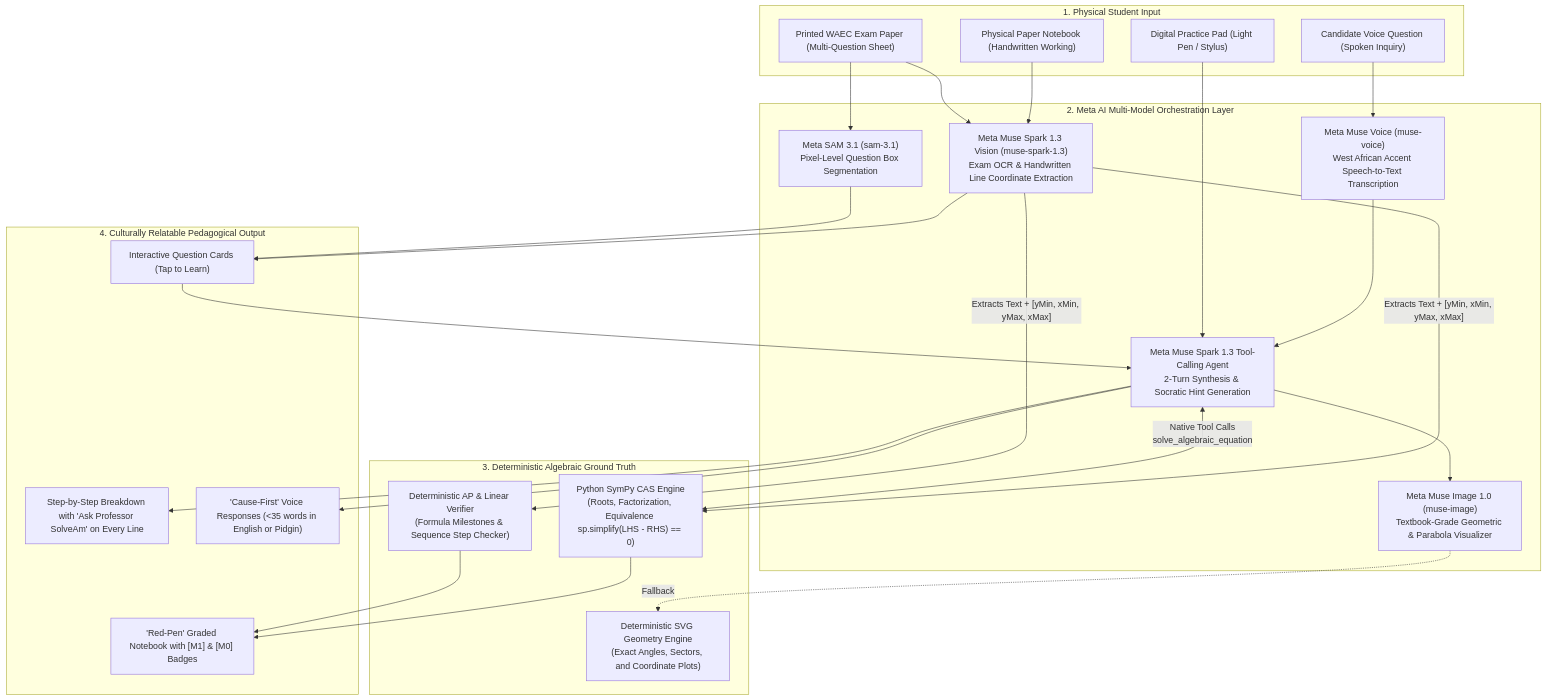
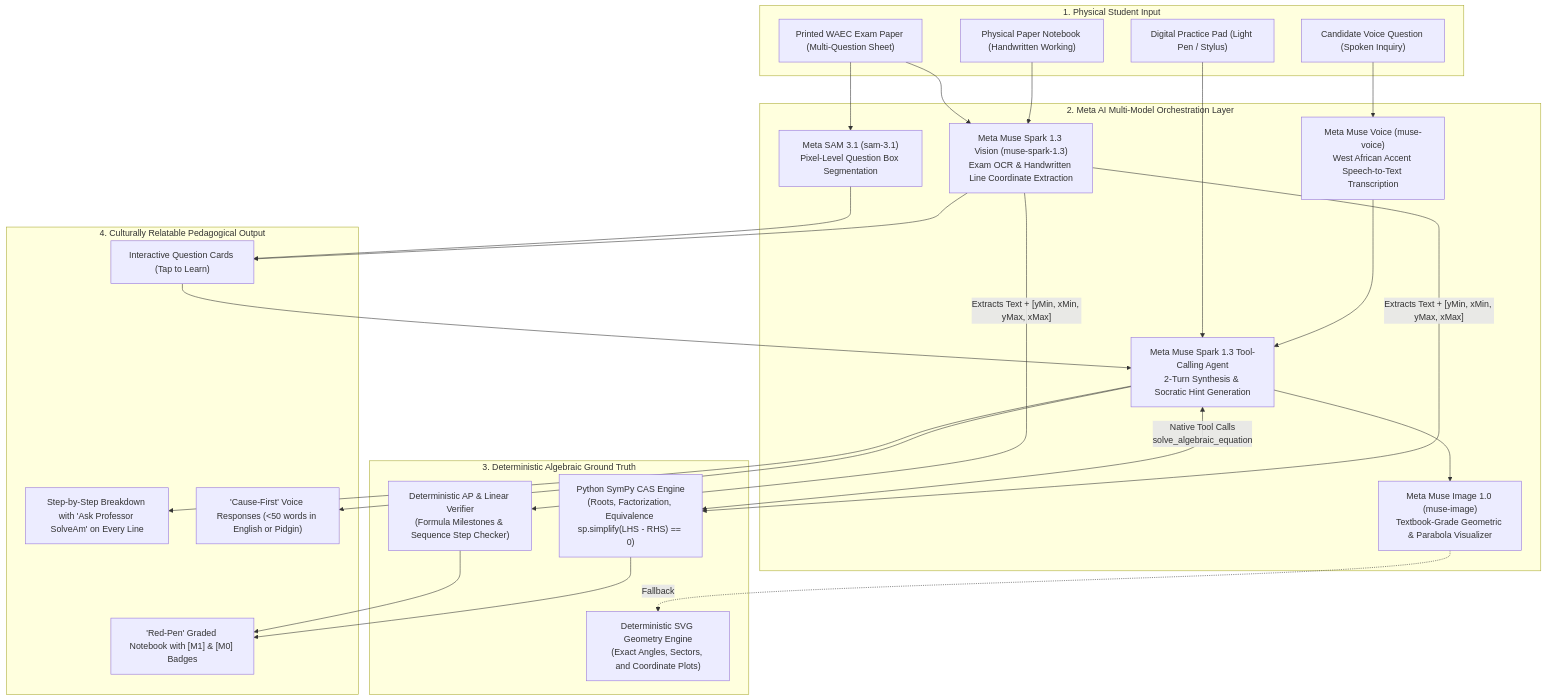
The diagram in README.md (tochi-3000/SolveIt), drawn with Mermaid before and after one commit. The commit also changed other lines of this file and 4 other files, not shown here.

````diff
--- a/README.md
+++ b/README.md
@@ -60,49 +60,49 @@
 ```mermaid
 flowchart TD
     subgraph InputLayer ["1. Physical Student Input"]
         ExamPaper["Printed WAEC Exam Paper (Multi-Question Sheet)"]
         Notebook["Physical Paper Notebook (Handwritten Working)"]
         CanvasPad["Digital Practice Pad (Light Pen / Stylus)"]
         SpokenVoice["Candidate Voice Question (Spoken Inquiry)"]
     end
 
     subgraph MetaAILayer ["2. Meta AI Multi-Model Orchestration Layer"]
         SAM["Meta SAM 3.1 (sam-3.1)\nPixel-Level Question Box Segmentation"]
         SparkVision["Meta Muse Spark 1.3 Vision (muse-spark-1.3)\nExam OCR & Handwritten Line Coordinate Extraction"]
         SparkAgent["Meta Muse Spark 1.3 Tool-Calling Agent\n2-Turn Synthesis & Socratic Hint Generation"]
         VoiceModel["Meta Muse Voice (muse-voice)\nWest African Accent Speech-to-Text Transcription"]
         ImageModel["Meta Muse Image 1.0 (muse-image)\nTextbook-Grade Geometric & Parabola Visualizer"]
     end
 
     subgraph SymbolicLayer ["3. Deterministic Algebraic Ground Truth"]
         SymPyCAS["Python SymPy CAS Engine\n(Roots, Factorization, Equivalence sp.simplify(LHS - RHS) == 0)"]
         APVerifier["Deterministic AP & Linear Verifier\n(Formula Milestones & Sequence Step Checker)"]
         VectorSVG["Deterministic SVG Geometry Engine\n(Exact Angles, Sectors, and Coordinate Plots)"]
     end
 
     subgraph OutputLayer ["4. Culturally Relatable Pedagogical Output"]
         ClickableBoxes["Interactive Question Cards (Tap to Learn)"]
         RedPenCanvas["'Red-Pen' Graded Notebook with [M1] & [M0] Badges"]
         LineByLineTutor["Step-by-Step Breakdown with 'Ask Professor SolveAm' on Every Line"]
-        VoiceTutor["'Cause-First' Voice Responses (<35 words in English or Pidgin)"]
+        VoiceTutor["'Cause-First' Voice Responses (<50 words in English or Pidgin)"]
     end
 
     ExamPaper --> SAM & SparkVision
     SAM & SparkVision --> ClickableBoxes
     ClickableBoxes --> SparkAgent
 
     SparkAgent <-->|"Native Tool Calls\nsolve_algebraic_equation"| SymPyCAS
     SparkAgent --> LineByLineTutor
 
     Notebook --> SparkVision
     SparkVision -->|"Extracts Text + [yMin, xMin, yMax, xMax]"| APVerifier & SymPyCAS
     APVerifier & SymPyCAS --> RedPenCanvas
 
     CanvasPad --> SparkAgent
     SpokenVoice --> VoiceModel
     VoiceModel --> SparkAgent
     SparkAgent --> VoiceTutor
 
     SparkAgent --> ImageModel
     ImageModel -.->|"Fallback"| VectorSVG
 ```
````
